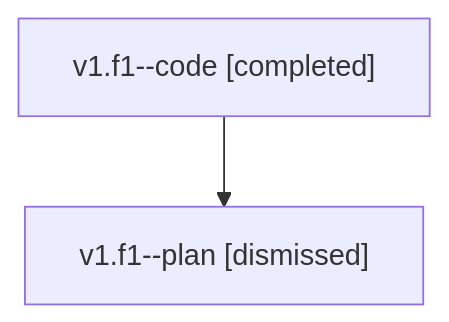
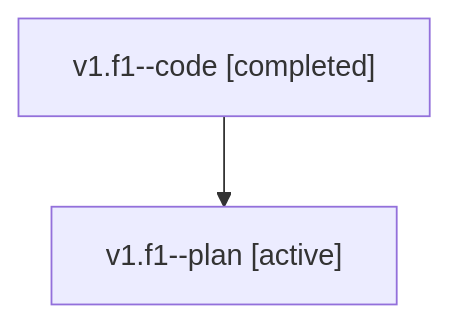
Before and after one commit to sase-org/sase--agents: the diagram in families/bbugyi200.athena.v1.f1.md, drawn with Mermaid. The commit also changed other lines of this file and 35830 other files, not shown here.

````diff
--- a/families/bbugyi200.athena.v1.f1.md
+++ b/families/bbugyi200.athena.v1.f1.md
@@ -9,6 +9,6 @@
 ```mermaid
 flowchart TD
   n0["v1.f1--code [completed]"]
-  n1["v1.f1--plan [dismissed]"]
+  n1["v1.f1--plan [active]"]
   n0 --> n1
 ```
````
